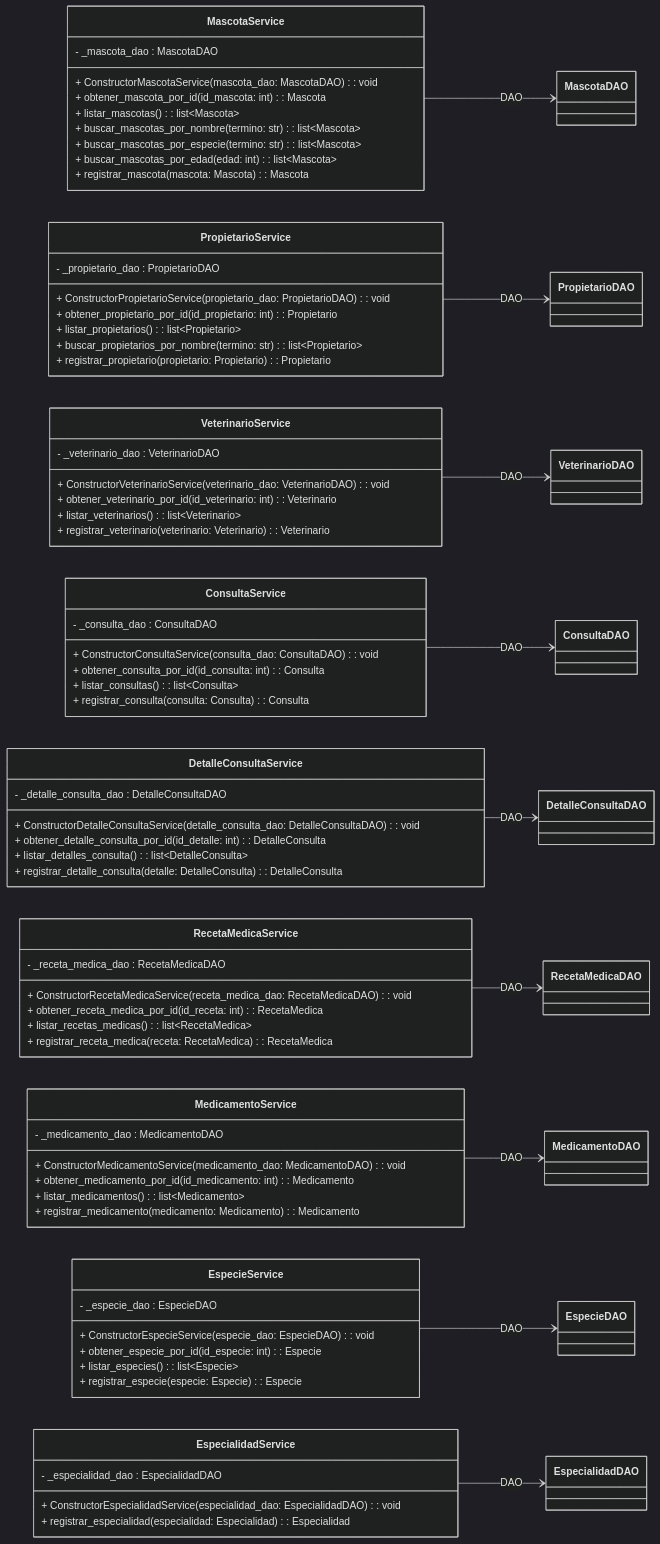
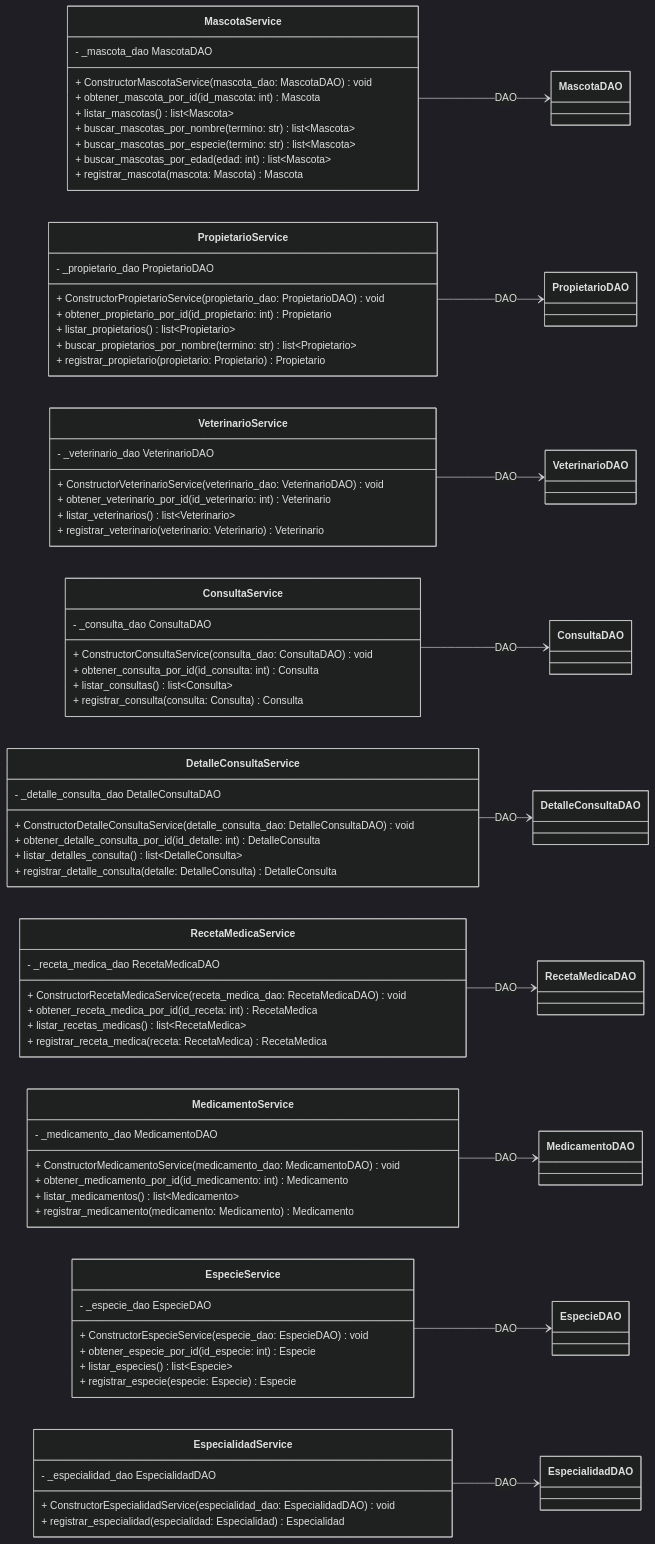
The third of 6 diagrams in README.md (josetomash/veterinaria), drawn with Mermaid (dark theme) before and after one commit. The commit also changed other lines of this file, not shown here.

````diff
--- a/README.md
+++ b/README.md
@@ -470,80 +470,80 @@
 ```mermaid
 classDiagram
     direction LR
 
     class MascotaService {
-        + ConstructorMascotaService(mascota_dao: MascotaDAO) : void
-        - _mascota_dao : MascotaDAO
-        + obtener_mascota_por_id(id_mascota: int) : Mascota
-        + listar_mascotas() : list~Mascota~
-        + buscar_mascotas_por_nombre(termino: str) : list~Mascota~
-        + buscar_mascotas_por_especie(termino: str) : list~Mascota~
-        + buscar_mascotas_por_edad(edad: int) : list~Mascota~
-        + registrar_mascota(mascota: Mascota) : Mascota
+        + ConstructorMascotaService(mascota_dao: MascotaDAO) void
+        - _mascota_dao MascotaDAO
+        + obtener_mascota_por_id(id_mascota: int) Mascota
+        + listar_mascotas() list~Mascota~
+        + buscar_mascotas_por_nombre(termino: str) list~Mascota~
+        + buscar_mascotas_por_especie(termino: str) list~Mascota~
+        + buscar_mascotas_por_edad(edad: int) list~Mascota~
+        + registrar_mascota(mascota: Mascota) Mascota
     }
     class PropietarioService {
-        + ConstructorPropietarioService(propietario_dao: PropietarioDAO) : void
-        - _propietario_dao : PropietarioDAO
-        + obtener_propietario_por_id(id_propietario: int) : Propietario
-        + listar_propietarios() : list~Propietario~
-        + buscar_propietarios_por_nombre(termino: str) : list~Propietario~
-        + registrar_propietario(propietario: Propietario) : Propietario
+        + ConstructorPropietarioService(propietario_dao: PropietarioDAO) void
+        - _propietario_dao PropietarioDAO
+        + obtener_propietario_por_id(id_propietario: int) Propietario
+        + listar_propietarios() list~Propietario~
+        + buscar_propietarios_por_nombre(termino: str) list~Propietario~
+        + registrar_propietario(propietario: Propietario) Propietario
     }
     class VeterinarioService {
-        + ConstructorVeterinarioService(veterinario_dao: VeterinarioDAO) : void
-        - _veterinario_dao : VeterinarioDAO
-        + obtener_veterinario_por_id(id_veterinario: int) : Veterinario
-        + listar_veterinarios() : list~Veterinario~
-        + registrar_veterinario(veterinario: Veterinario) : Veterinario
+        + ConstructorVeterinarioService(veterinario_dao: VeterinarioDAO) void
+        - _veterinario_dao VeterinarioDAO
+        + obtener_veterinario_por_id(id_veterinario: int) Veterinario
+        + listar_veterinarios() list~Veterinario~
+        + registrar_veterinario(veterinario: Veterinario) Veterinario
     }
     class ConsultaService {
-        + ConstructorConsultaService(consulta_dao: ConsultaDAO) : void
-        - _consulta_dao : ConsultaDAO
-        + obtener_consulta_por_id(id_consulta: int) : Consulta
-        + listar_consultas() : list~Consulta~
-        + registrar_consulta(consulta: Consulta) : Consulta
+        + ConstructorConsultaService(consulta_dao: ConsultaDAO) void
+        - _consulta_dao ConsultaDAO
+        + obtener_consulta_por_id(id_consulta: int) Consulta
+        + listar_consultas() list~Consulta~
+        + registrar_consulta(consulta: Consulta) Consulta
     }
     class DetalleConsultaService {
-        + ConstructorDetalleConsultaService(detalle_consulta_dao: DetalleConsultaDAO) : void
-        - _detalle_consulta_dao : DetalleConsultaDAO
-        + obtener_detalle_consulta_por_id(id_detalle: int) : DetalleConsulta
-        + listar_detalles_consulta() : list~DetalleConsulta~
-        + registrar_detalle_consulta(detalle: DetalleConsulta) : DetalleConsulta
+        + ConstructorDetalleConsultaService(detalle_consulta_dao: DetalleConsultaDAO) void
+        - _detalle_consulta_dao DetalleConsultaDAO
+        + obtener_detalle_consulta_por_id(id_detalle: int) DetalleConsulta
+        + listar_detalles_consulta() list~DetalleConsulta~
+        + registrar_detalle_consulta(detalle: DetalleConsulta) DetalleConsulta
     }
     class RecetaMedicaService {
-        + ConstructorRecetaMedicaService(receta_medica_dao: RecetaMedicaDAO) : void
-        - _receta_medica_dao : RecetaMedicaDAO
-        + obtener_receta_medica_por_id(id_receta: int) : RecetaMedica
-        + listar_recetas_medicas() : list~RecetaMedica~
-        + registrar_receta_medica(receta: RecetaMedica) : RecetaMedica
+        + ConstructorRecetaMedicaService(receta_medica_dao: RecetaMedicaDAO) void
+        - _receta_medica_dao RecetaMedicaDAO
+        + obtener_receta_medica_por_id(id_receta: int) RecetaMedica
+        + listar_recetas_medicas() list~RecetaMedica~
+        + registrar_receta_medica(receta: RecetaMedica) RecetaMedica
     }
     class MedicamentoService {
-        + ConstructorMedicamentoService(medicamento_dao: MedicamentoDAO) : void
-        - _medicamento_dao : MedicamentoDAO
-        + obtener_medicamento_por_id(id_medicamento: int) : Medicamento
-        + listar_medicamentos() : list~Medicamento~
-        + registrar_medicamento(medicamento: Medicamento) : Medicamento
+        + ConstructorMedicamentoService(medicamento_dao: MedicamentoDAO) void
+        - _medicamento_dao MedicamentoDAO
+        + obtener_medicamento_por_id(id_medicamento: int) Medicamento
+        + listar_medicamentos() list~Medicamento~
+        + registrar_medicamento(medicamento: Medicamento) Medicamento
     }
     class EspecieService {
-        + ConstructorEspecieService(especie_dao: EspecieDAO) : void
-        - _especie_dao : EspecieDAO
-        + obtener_especie_por_id(id_especie: int) : Especie
-        + listar_especies() : list~Especie~
-        + registrar_especie(especie: Especie) : Especie
+        + ConstructorEspecieService(especie_dao: EspecieDAO) void
+        - _especie_dao EspecieDAO
+        + obtener_especie_por_id(id_especie: int) Especie
+        + listar_especies() list~Especie~
+        + registrar_especie(especie: Especie) Especie
     }
     class EspecialidadService {
-        + ConstructorEspecialidadService(especialidad_dao: EspecialidadDAO) : void
-        - _especialidad_dao : EspecialidadDAO
-        + registrar_especialidad(especialidad: Especialidad) : Especialidad
+        + ConstructorEspecialidadService(especialidad_dao: EspecialidadDAO) void
+        - _especialidad_dao EspecialidadDAO
+        + registrar_especialidad(especialidad: Especialidad) Especialidad
     }
 
     MascotaService --> MascotaDAO : DAO
     PropietarioService --> PropietarioDAO : DAO
     VeterinarioService --> VeterinarioDAO : DAO
     ConsultaService --> ConsultaDAO : DAO
     DetalleConsultaService --> DetalleConsultaDAO : DAO
     RecetaMedicaService --> RecetaMedicaDAO : DAO
     MedicamentoService --> MedicamentoDAO : DAO
     EspecieService --> EspecieDAO : DAO
     EspecialidadService --> EspecialidadDAO : DAO
 ```
````
